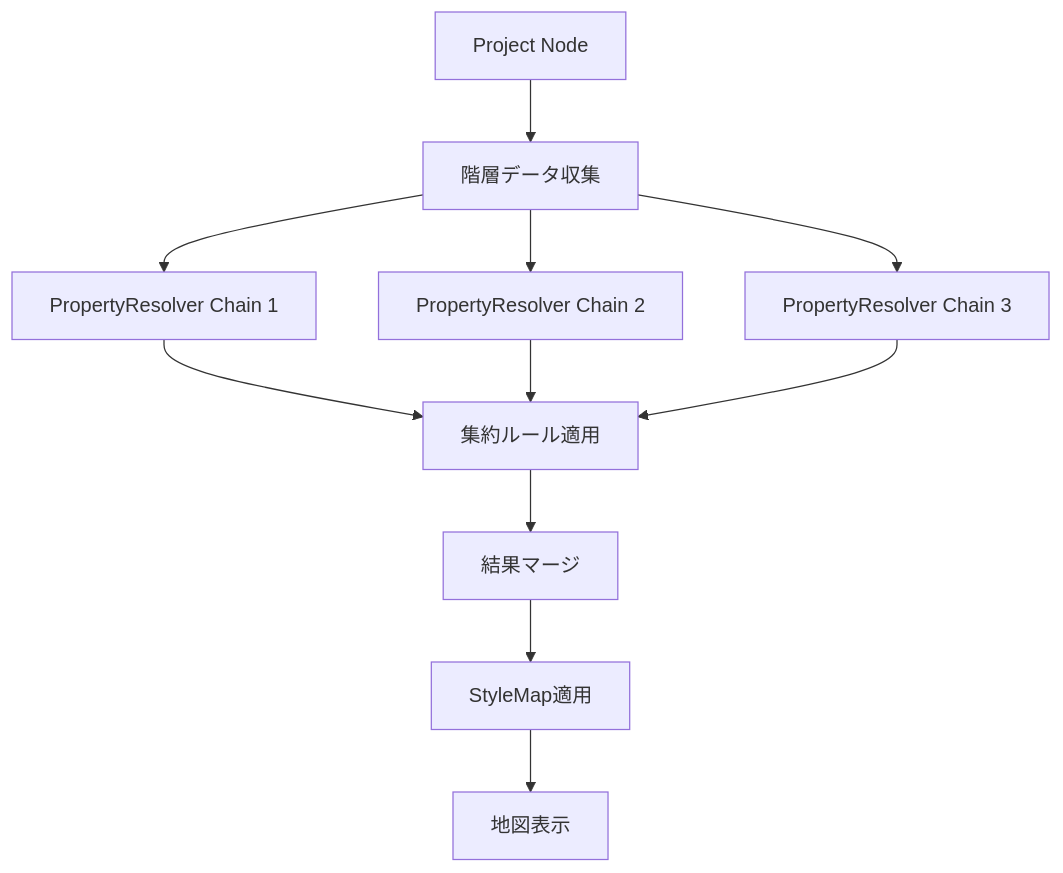
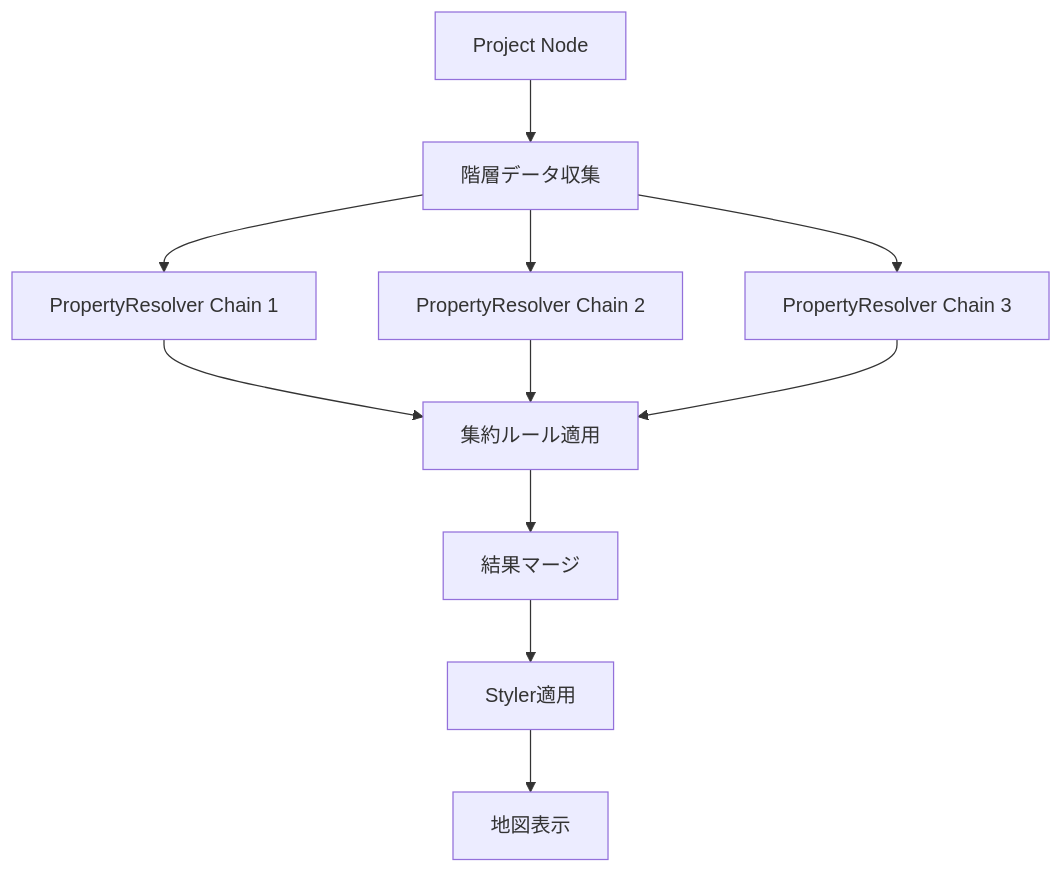
Before and after one commit to kubohiroya/hierarchidb: the first of 2 diagrams in packages/node-type/resolver-plugin/README.md, drawn with Mermaid. The commit also changed other lines of this file and 267 other files, not shown here.

````diff
--- a/packages/node-type/resolver-plugin/README.md
+++ b/packages/node-type/resolver-plugin/README.md
@@ -196,13 +196,13 @@
 ```mermaid
 graph TD
   A[Project Node] --> B[階層データ収集]
   B --> C[PropertyResolver Chain 1]
   B --> D[PropertyResolver Chain 2]
   B --> E[PropertyResolver Chain 3]
   C --> F[集約ルール適用]
   D --> F
   E --> F
   F --> G[結果マージ]
-  G --> H[StyleMap適用]
+  G --> H[Styler適用]
   H --> I[地図表示]
 ```
````
